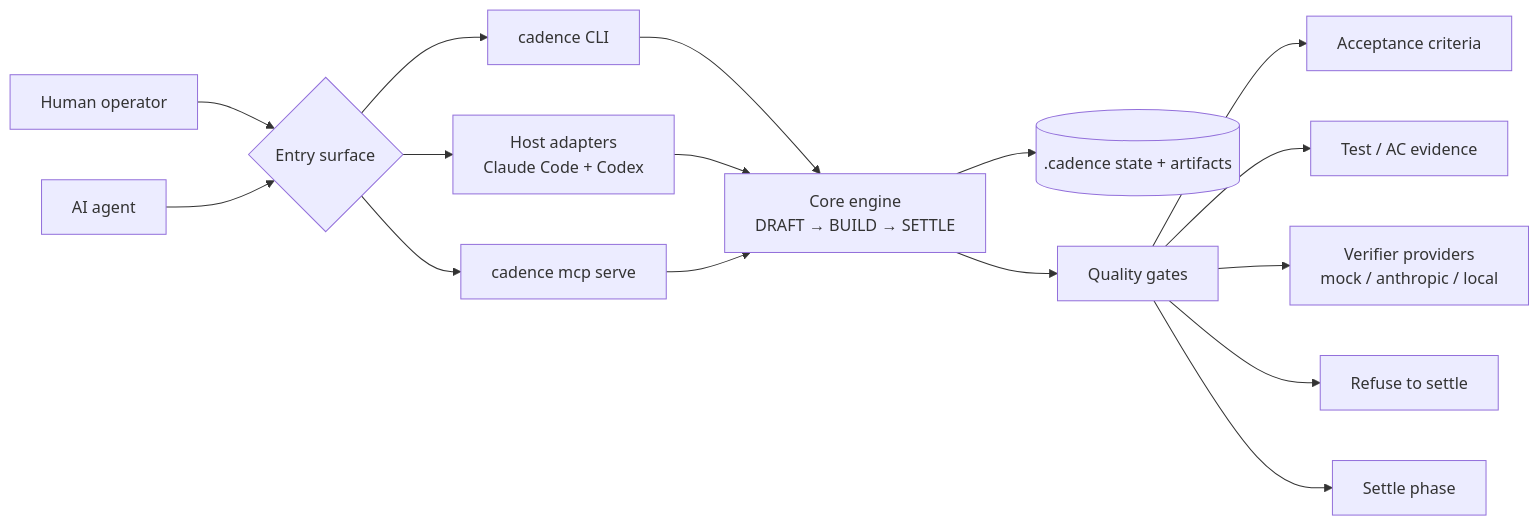
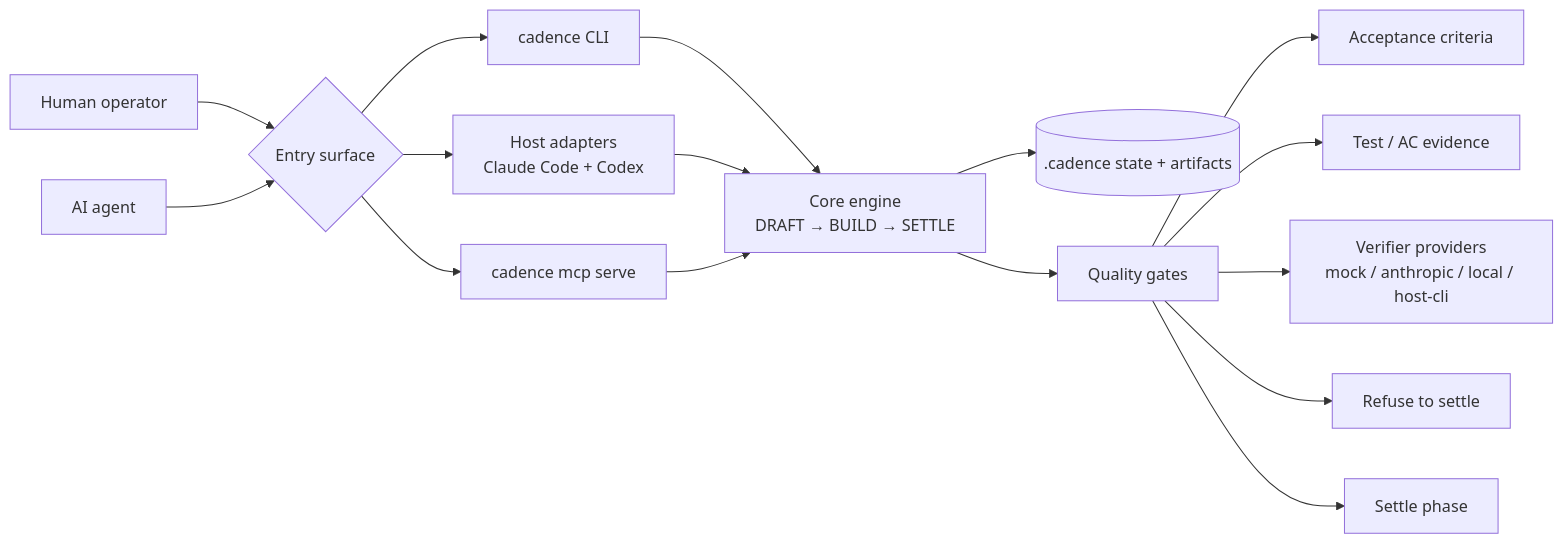
Before and after one commit to manehorizons/cadence: the diagram in README.md, drawn with Mermaid. The commit also changed 26 other files, not shown here.

First line of the commit message:
feat: host-cli headless verifier provider (phase 165)

````diff
--- a/README.md
+++ b/README.md
@@ -23,22 +23,22 @@
 ```mermaid
 flowchart LR
   Human[Human operator] --> Surface{Entry surface}
   Agent[AI agent] --> Surface
 
   Surface --> CLI[cadence CLI]
   Surface --> Hosts["Host adapters<br/>Claude Code + Codex"]
   Surface --> MCP[cadence mcp serve]
 
   CLI --> Core["Core engine<br/>DRAFT → BUILD → SETTLE"]
   Hosts --> Core
   MCP --> Core
 
   Core --> State[(.cadence state + artifacts)]
   Core --> Gates[Quality gates]
   Gates --> ACs[Acceptance criteria]
   Gates --> Tests[Test / AC evidence]
-  Gates --> Verifiers["Verifier providers<br/>mock / anthropic / local"]
+  Gates --> Verifiers["Verifier providers<br/>mock / anthropic / local / host-cli"]
 
   Gates --> Refuse[Refuse to settle]
   Gates --> Settle[Settle phase]
 ```
````
